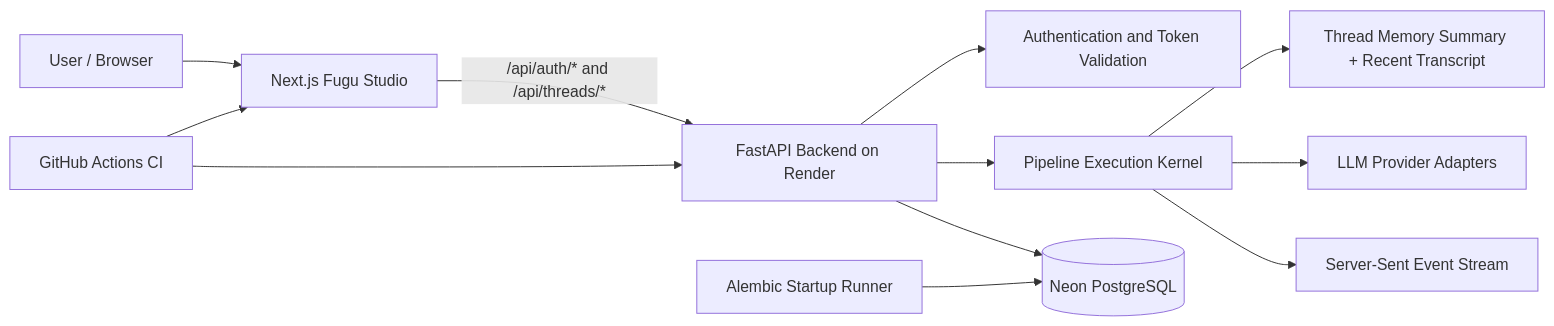
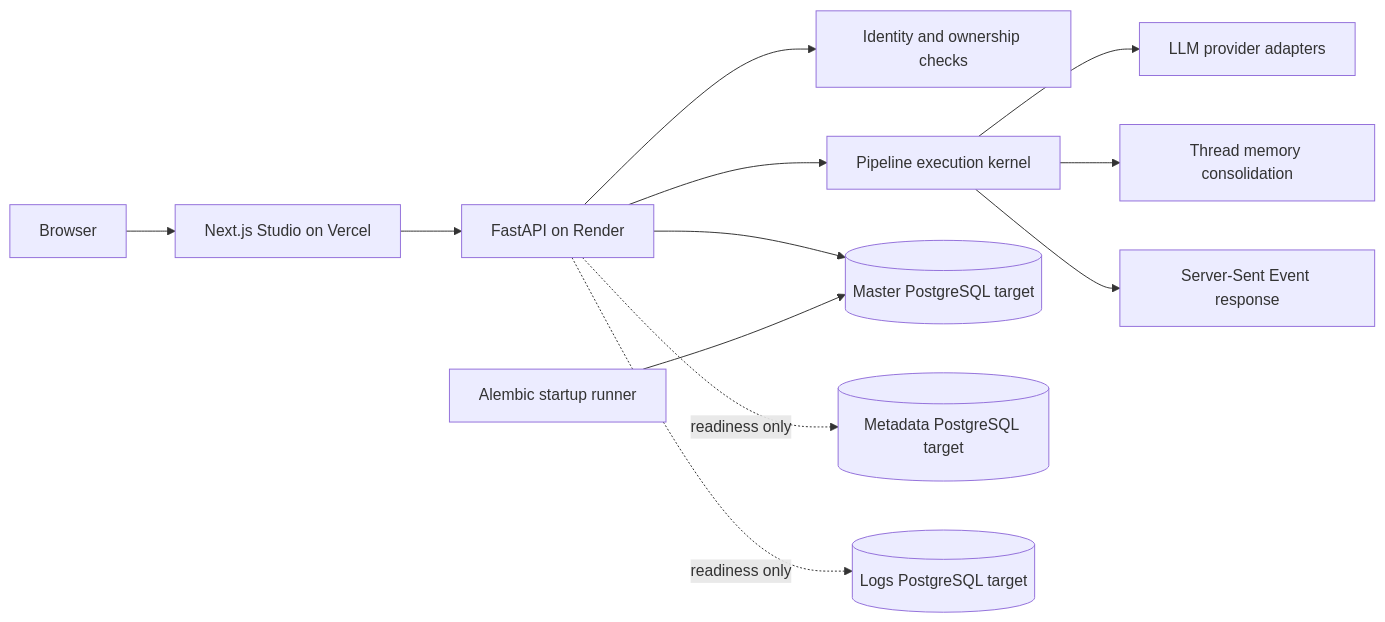
The diagram in README.md (shravanprassadh/fugu-system), drawn with Mermaid before and after one commit. The commit also changed other lines of this file and 8 other files, not shown here.

First line of the commit message:
Record and enforce the Phase 1 production and schema baseline (#32)

````diff
--- a/README.md
+++ b/README.md
@@ -30,14 +44,14 @@
 ```mermaid
 flowchart LR
-    User[User / Browser] --> Studio[Next.js Fugu Studio]
-    Studio -->|/api/auth/* and /api/threads/*| API[FastAPI Backend on Render]
-    API --> Auth[Authentication and Token Validation]
-    API --> Kernel[Pipeline Execution Kernel]
-    Kernel --> Memory[Thread Memory Summary + Recent Transcript]
-    Kernel --> Providers[LLM Provider Adapters]
-    Kernel --> SSE[Server-Sent Event Stream]
-    API --> DB[(Neon PostgreSQL)]
-    Migrations[Alembic Startup Runner] --> DB
-    CI[GitHub Actions CI] --> API
-    CI --> Studio
+    Browser[Browser] --> Studio[Next.js Studio on Vercel]
+    Studio --> API[FastAPI on Render]
+    API --> Auth[Identity and ownership checks]
+    API --> Kernel[Pipeline execution kernel]
+    Kernel --> Providers[LLM provider adapters]
+    Kernel --> Memory[Thread memory consolidation]
+    Kernel --> SSE[Server-Sent Event response]
+    API --> Master[(Master PostgreSQL target)]
+    API -. readiness only .-> Metadata[(Metadata PostgreSQL target)]
+    API -. readiness only .-> Logs[(Logs PostgreSQL target)]
+    Alembic[Alembic startup runner] --> Master
 ```
````
